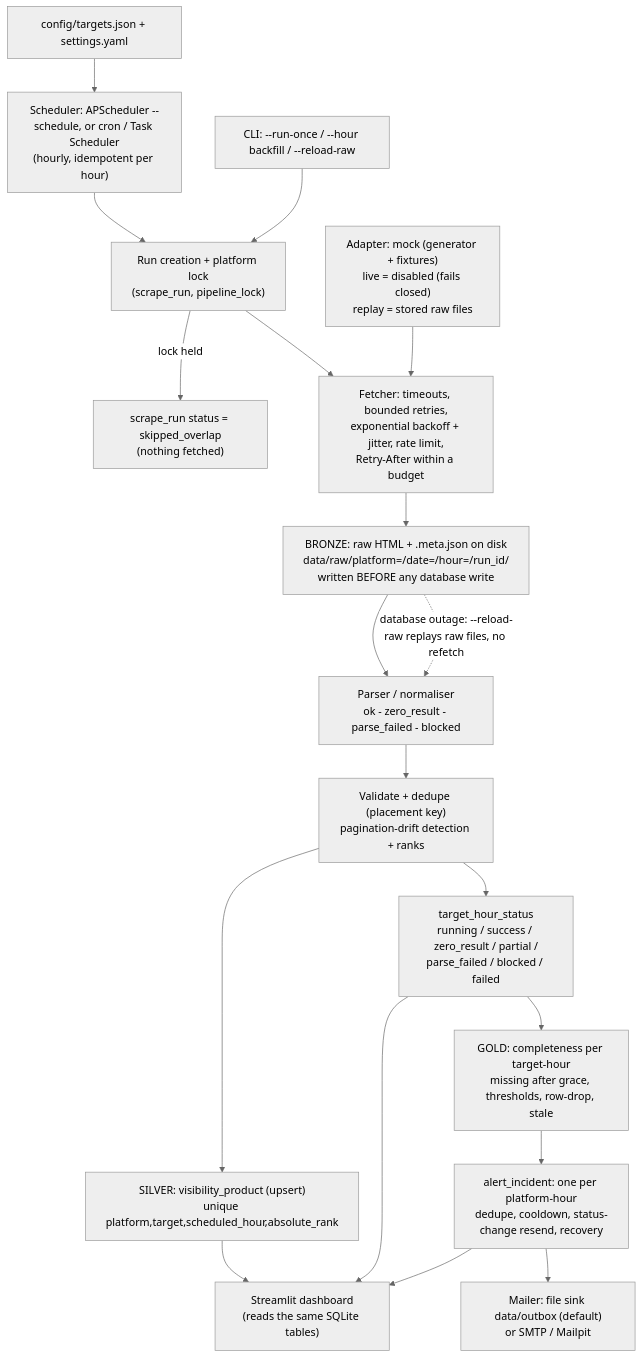
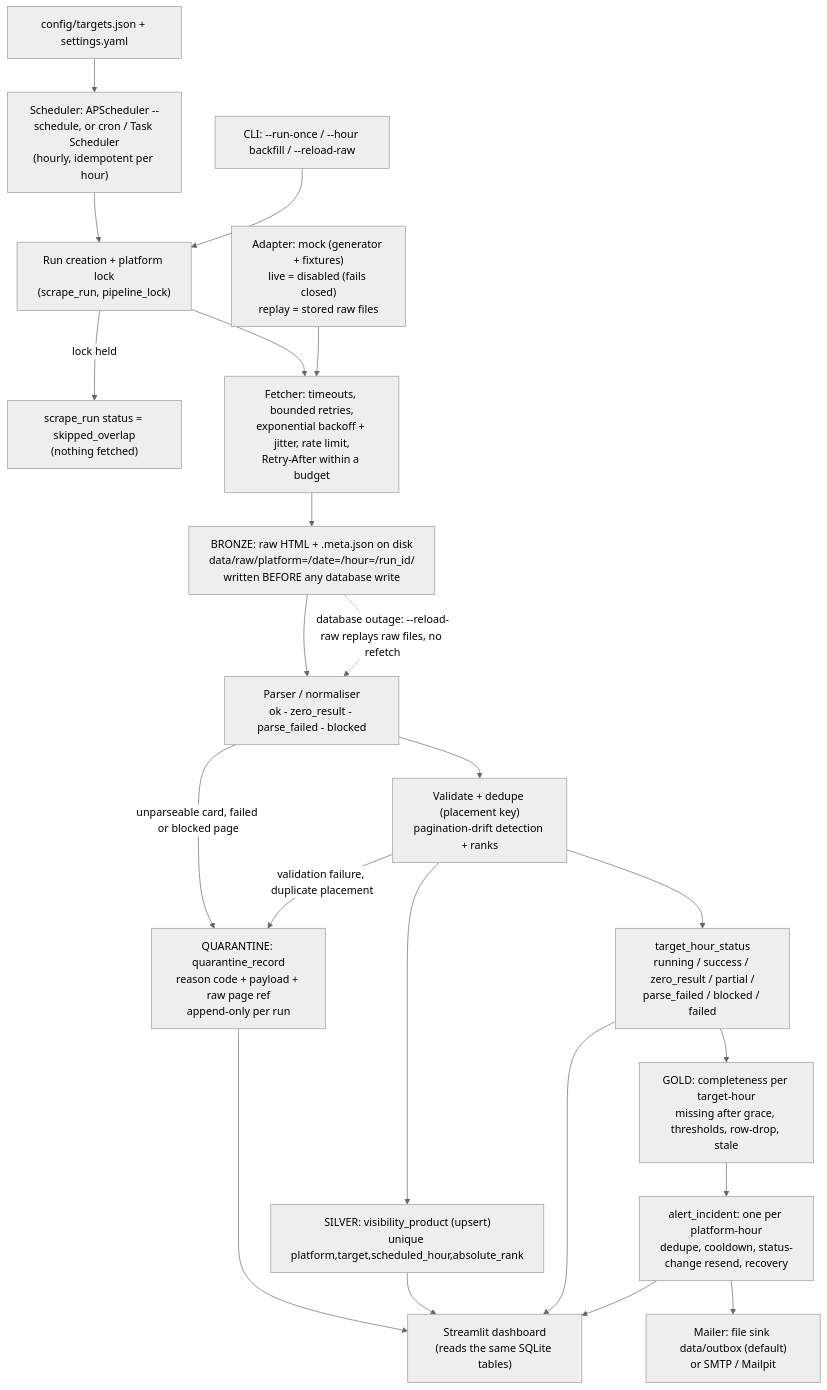
The diagram in docs/architecture.md (kavishrathod/ajio-visibility-data-pipeline), drawn with Mermaid (neutral theme) before and after one commit. The commit also changed other lines of this file and 18 other files, not shown here.

````diff
--- a/docs/architecture.md
+++ b/docs/architecture.md
@@ -3,21 +3,24 @@
 ```mermaid
 flowchart TD
     CFG["config/targets.json + settings.yaml"] --> SCH
     SCH["Scheduler: APScheduler --schedule, or cron / Task Scheduler<br/>(hourly, idempotent per hour)"] --> RUN
     CLI["CLI: --run-once / --hour backfill / --reload-raw"] --> RUN
     RUN["Run creation + platform lock<br/>(scrape_run, pipeline_lock)"] -->|lock held| SKIP["scrape_run status = skipped_overlap<br/>(nothing fetched)"]
     RUN --> FETCH["Fetcher: timeouts, bounded retries,<br/>exponential backoff + jitter, rate limit,<br/>Retry-After within a budget"]
     ADP["Adapter: mock (generator + fixtures)<br/>live = disabled (fails closed)<br/>replay = stored raw files"] --> FETCH
     FETCH --> RAW["BRONZE: raw HTML + .meta.json on disk<br/>data/raw/platform=/date=/hour=/run_id/<br/>written BEFORE any database write"]
     RAW --> PARSE["Parser / normaliser<br/>ok - zero_result - parse_failed - blocked"]
     PARSE --> VAL["Validate + dedupe (placement key)<br/>pagination-drift detection + ranks"]
+    PARSE -->|"unparseable card, failed or blocked page"| QUAR
+    VAL -->|"validation failure, duplicate placement"| QUAR["QUARANTINE: quarantine_record<br/>reason code + payload + raw page ref<br/>append-only per run"]
+    QUAR --> DASH
     VAL --> SILVER["SILVER: visibility_product (upsert)<br/>unique platform,target,scheduled_hour,absolute_rank"]
     VAL --> THS["target_hour_status<br/>running / success / zero_result / partial /<br/>parse_failed / blocked / failed"]
     THS --> GOLD["GOLD: completeness per target-hour<br/>missing after grace, thresholds, row-drop, stale"]
     GOLD --> INC["alert_incident: one per platform-hour<br/>dedupe, cooldown, status-change resend, recovery"]
     INC --> MAIL["Mailer: file sink data/outbox (default)<br/>or SMTP / Mailpit"]
     SILVER --> DASH["Streamlit dashboard<br/>(reads the same SQLite tables)"]
     THS --> DASH
     INC --> DASH
     RAW -. "database outage: --reload-raw replays raw files, no refetch" .-> PARSE
 ```
````
